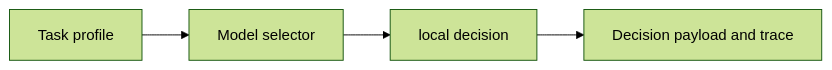
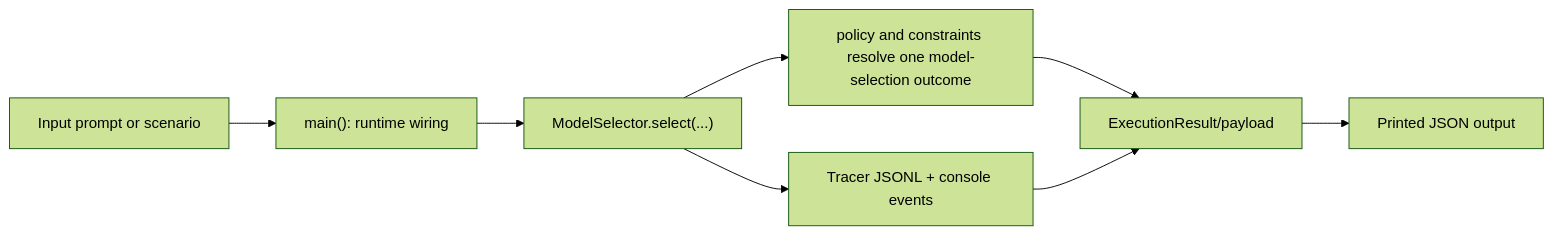
Before and after one commit to cmudrc/design-research-agents: the diagram in docs/examples/model_selection/local.rst, drawn with Mermaid (forest theme). The commit also changed other lines of this file and 83 other files, not shown here.

```diff
--- a/docs/examples/model_selection/local.rst
+++ b/docs/examples/model_selection/local.rst
@@ -21,6 +21,10 @@
 .. mermaid::
 
    flowchart LR
-       A["Task profile"] --> B["Model selector"]
-       B --> C["local decision"]
-       C --> D["Decision payload and trace"]
+       A["Input prompt or scenario"] --> B["main(): runtime wiring"]
+       B --> C["ModelSelector.select(...)"]
+       C --> D["policy and constraints resolve one model-selection outcome"]
+       C --> E["Tracer JSONL + console events"]
+       D --> F["ExecutionResult/payload"]
+       E --> F
+       F --> G["Printed JSON output"]
```
